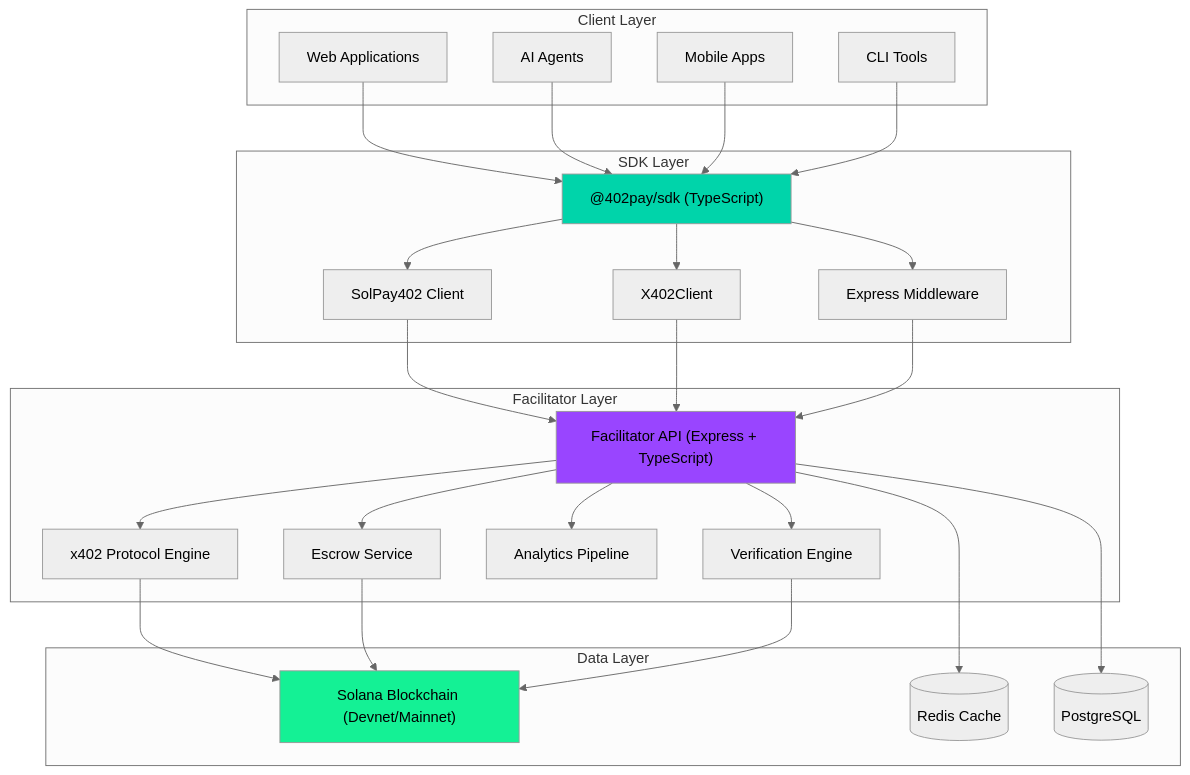
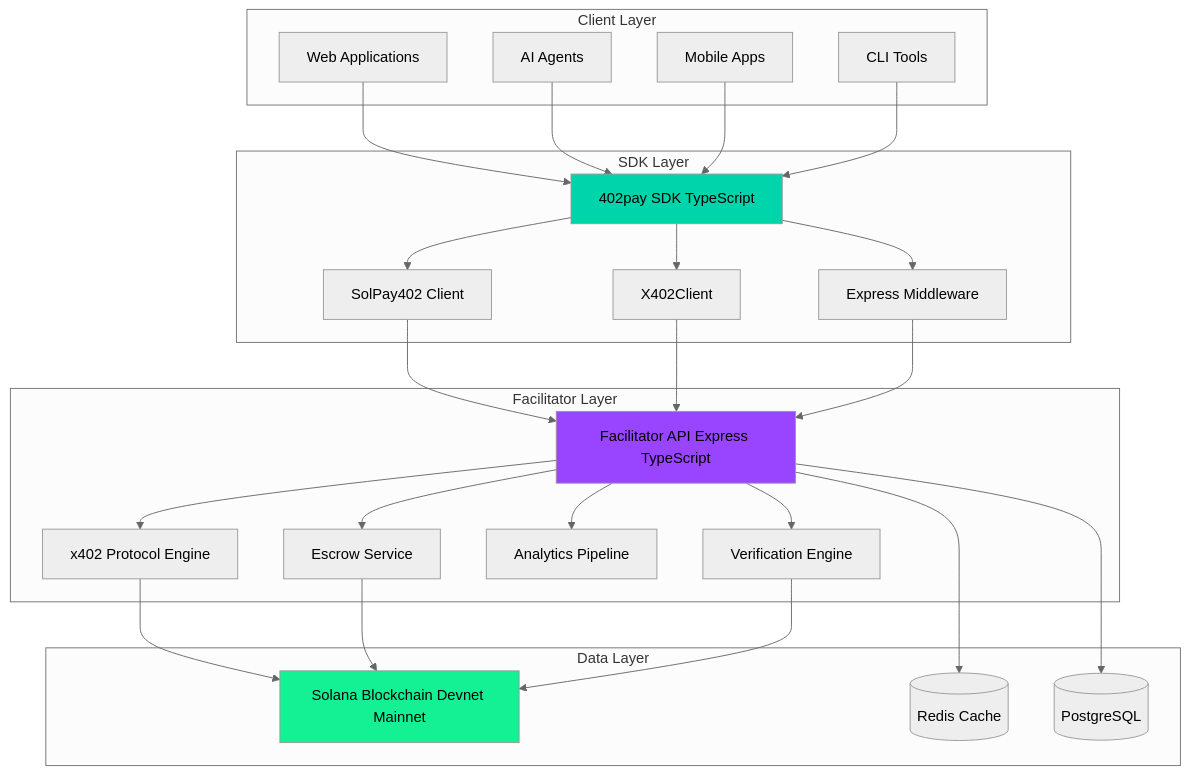
Before and after one commit to Blessedbiello/402pay: the first of 3 diagrams in README.md, drawn with Mermaid (neutral theme). The commit also changed other lines of this file, not shown here.

First line of the commit message:
fix: Fix Mermaid diagram rendering issues in README

````diff
--- a/README.md
+++ b/README.md
@@ -159,59 +159,59 @@
 ```mermaid
 graph TB
-    subgraph "Client Layer"
+    subgraph ClientLayer["Client Layer"]
         WebApp[Web Applications]
         AI[AI Agents]
         Mobile[Mobile Apps]
         CLI[CLI Tools]
     end
 
-    subgraph "SDK Layer"
-        SDK["@402pay/sdk (TypeScript)"]
+    subgraph SDKLayer["SDK Layer"]
+        SDK[402pay SDK TypeScript]
         SolPay[SolPay402 Client]
         X402[X402Client]
         Middleware[Express Middleware]
     end
 
-    subgraph "Facilitator Layer"
-        API["Facilitator API (Express + TypeScript)"]
+    subgraph FacilitatorLayer["Facilitator Layer"]
+        API[Facilitator API Express TypeScript]
         X402Engine[x402 Protocol Engine]
         Escrow[Escrow Service]
         Analytics[Analytics Pipeline]
         Verification[Verification Engine]
     end
 
-    subgraph "Data Layer"
-        Solana["Solana Blockchain (Devnet/Mainnet)"]
+    subgraph DataLayer["Data Layer"]
+        Solana[Solana Blockchain Devnet Mainnet]
         Redis[(Redis Cache)]
         Postgres[(PostgreSQL)]
     end
 
     WebApp --> SDK
     AI --> SDK
     Mobile --> SDK
     CLI --> SDK
 
     SDK --> SolPay
     SDK --> X402
     SDK --> Middleware
 
     SolPay --> API
     X402 --> API
     Middleware --> API
 
     API --> X402Engine
     API --> Escrow
     API --> Analytics
     API --> Verification
 
     X402Engine --> Solana
     Escrow --> Solana
     Verification --> Solana
 
     API --> Redis
     API --> Postgres
 
     style SDK fill:#00D4AA
     style API fill:#9945FF
     style Solana fill:#14F195
 ```
````
